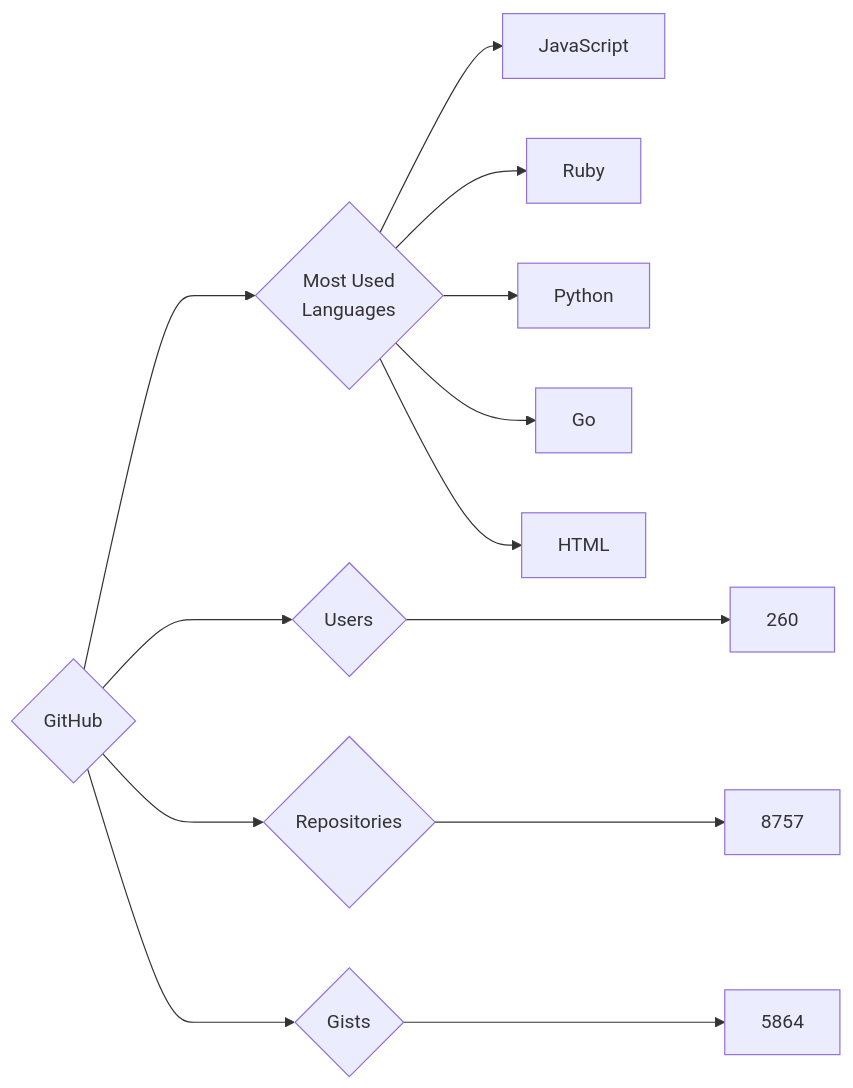
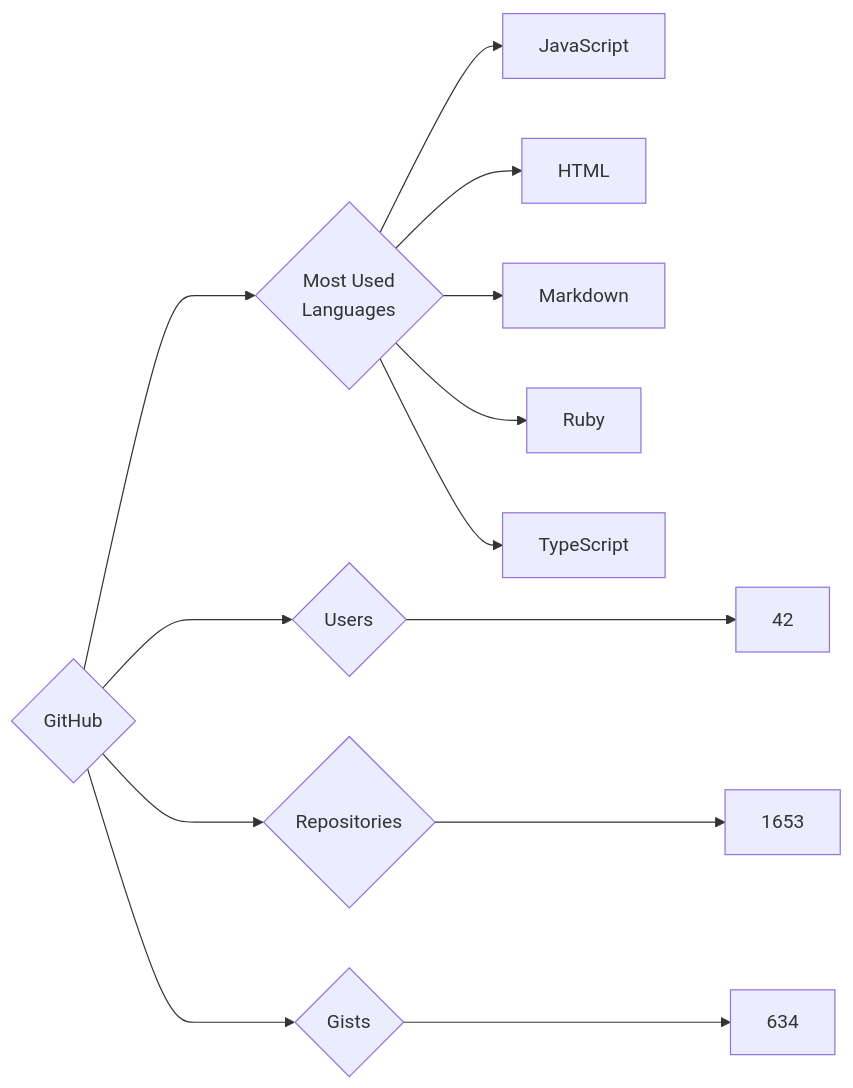
One commit to trickest/insiders changed the diagram in targets/GitHub/README.md. Above: the diagram before and after it, drawn with Mermaid. The commit also changed 594 other files, not shown here.

````diff
--- a/targets/GitHub/README.md
+++ b/targets/GitHub/README.md
@@ -3,13 +3,13 @@
 ```mermaid
 graph LR
 COMPANY_NAME{GitHub}
-COMPANY_NAME ---> U{Users} ---> UN[260]
-COMPANY_NAME ---> R{Repositories} ---> RN[8757]
-COMPANY_NAME ---> G{Gists} ---> GN[5864]
+COMPANY_NAME ---> U{Users} ---> UN[42]
+COMPANY_NAME ---> R{Repositories} ---> RN[1653]
+COMPANY_NAME ---> G{Gists} ---> GN[634]
 COMPANY_NAME ---> ML{Most Used<br>Languages}
 ML --> JavaScript[JavaScript]
+ML --> HTML[HTML]
+ML --> Markdown[Markdown]
 ML --> Ruby[Ruby]
-ML --> Python[Python]
-ML --> Go[Go]
-ML --> HTML[HTML]
+ML --> TypeScript[TypeScript]
 ```
````
